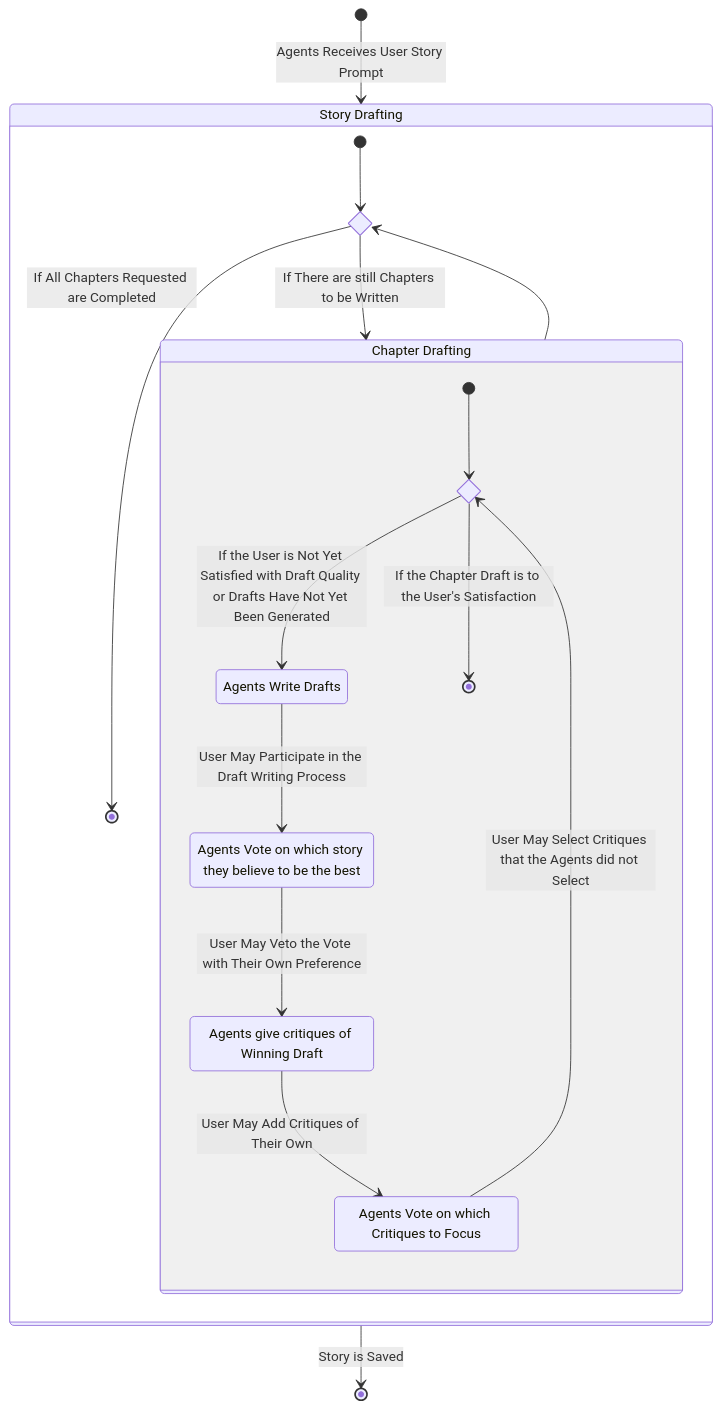
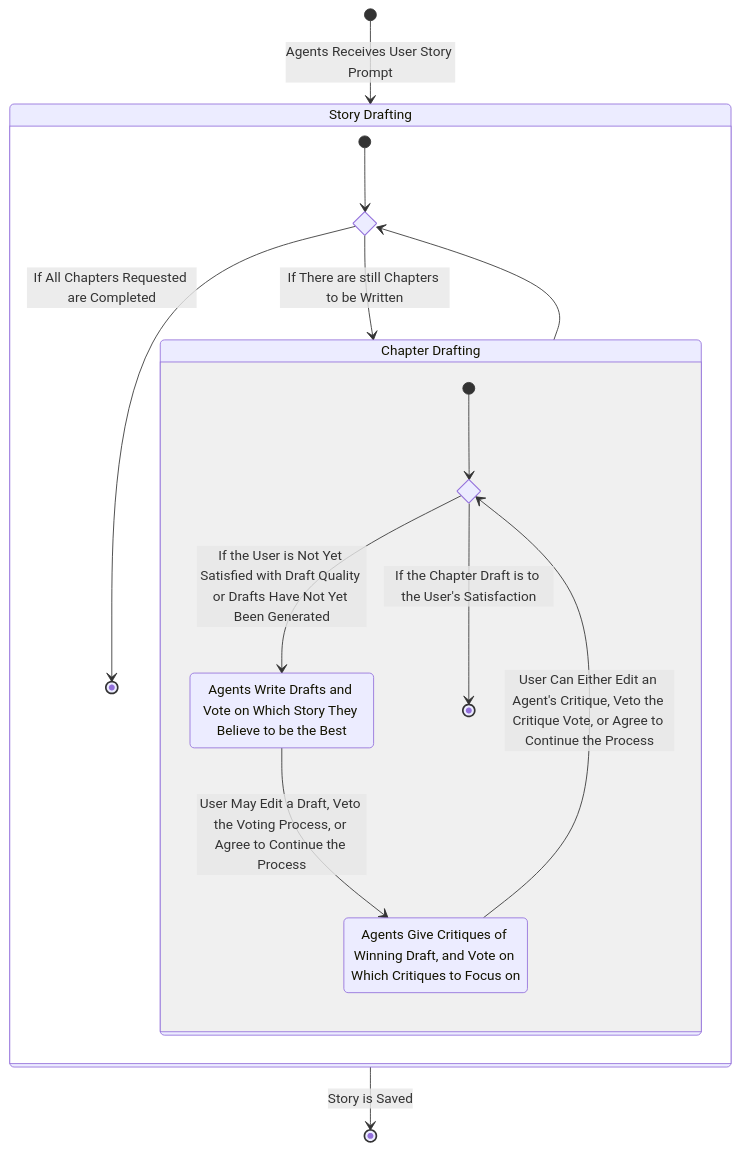
The diagram in documentation/docs/system-architecture/state-diagram.md (Capstone-Projects-2025-Spring/project-003-story-builder-team-1), drawn with Mermaid before and after one commit.

````diff
--- a/documentation/docs/system-architecture/state-diagram.md
+++ b/documentation/docs/system-architecture/state-diagram.md
@@ -8,42 +8,36 @@
  ```mermaid
 stateDiagram-v2
     [*] --> Story_Drafting: Agents Receives User Story Prompt
 
    Story_Drafting: Story Drafting
    state Story_Drafting {
       state is_finished <<choice>>
       [*] --> is_finished
 
       is_finished --> Chapter_Drafting: If There are still Chapters to be Written
 
       Chapter_Drafting: Chapter Drafting
       state Chapter_Drafting{
          state is_satisfied <<choice>>
          [*] --> is_satisfied
          
          is_satisfied --> Draft: If the User is Not Yet Satisfied with Draft Quality or Drafts Have Not Yet Been Generated
-         Draft: Agents Write Drafts
+         Draft: Agents Write Drafts and Vote on Which Story They Believe to be the Best
 
-         Draft --> Vote: User May Participate in the Draft Writing Process
-         Vote: Agents Vote on which story they believe to be the best
+         Draft --> Critique: User May Edit a Draft, Veto the Voting Process, or Agree to Continue the Process
+         Critique: Agents Give Critiques of Winning Draft, and Vote on Which Critiques to Focus on
 
-         Vote --> Critique: User May Veto the Vote with Their Own Preference
-         Critique: Agents give critiques of Winning Draft
-
-         Critique --> Critique_Vote: User May Add Critiques of Their Own
-         Critique_Vote: Agents Vote on which Critiques to Focus
-
-         Critique_Vote --> is_satisfied: User May Select Critiques that the Agents did not Select
+         Critique -->  is_satisfied: User Can Either Edit an Agent's Critique, Veto the Critique Vote, or Agree to Continue the Process
 
          is_satisfied --> [*]: If the Chapter Draft is to the User's Satisfaction
       }
 
       Chapter_Drafting --> is_finished
 
       is_finished --> [*]: If All Chapters Requested are Completed
          
    }
 
    Story_Drafting --> [*]: Story is Saved
 
 ```
````
